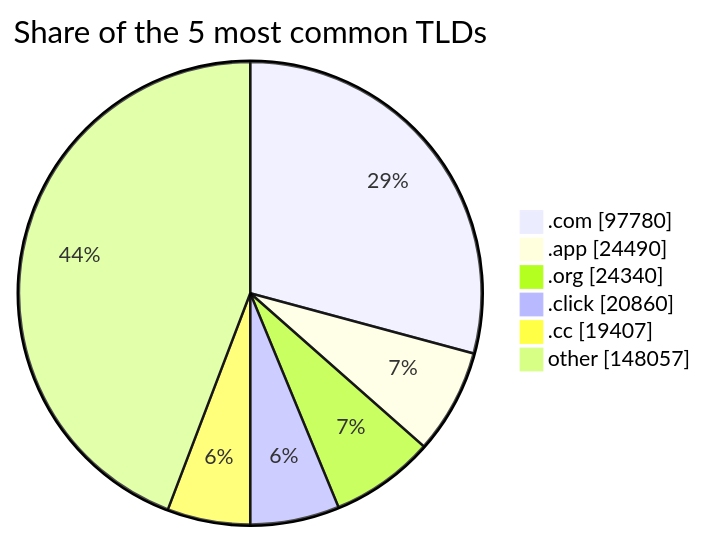
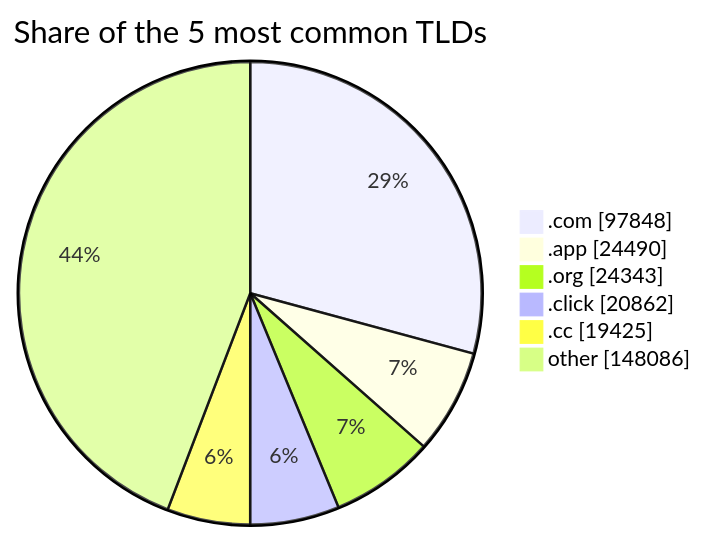
Before and after one commit to DNSBunker/CTI: the third of 3 diagrams in README.md, drawn with Mermaid. The commit also changed other lines of this file and 4 other files, not shown here.

````diff
--- a/README.md
+++ b/README.md
@@ -81,9 +81,9 @@
 ```mermaid
 pie showData title Share of the 5 most common TLDs
-    ".com" : 97780
+    ".com" : 97848
     ".app" : 24490
-    ".org" : 24340
-    ".click" : 20860
-    ".cc" : 19407
-    "other" : 148057
+    ".org" : 24343
+    ".click" : 20862
+    ".cc" : 19425
+    "other" : 148086
 ```
````
